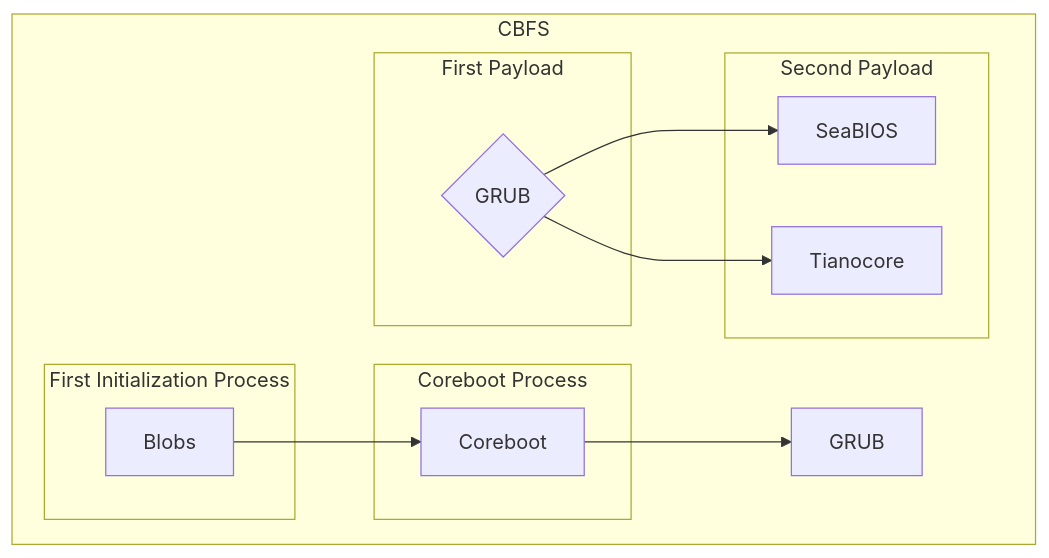
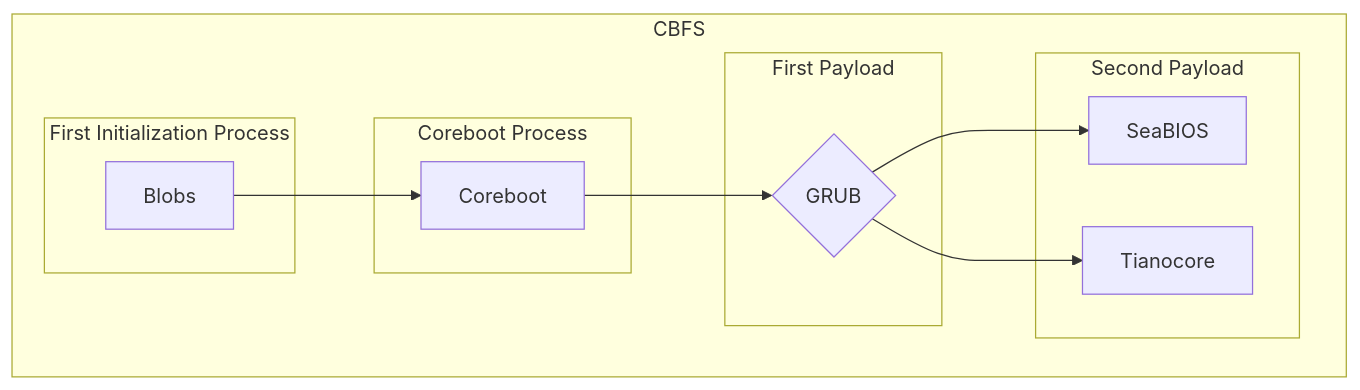
Before and after one commit to Ch3ckm4t3C1ph3r/Lenovo-Ideapad-320-14ISK-_Coreboot-Adaptation_: the diagram in README.md, drawn with Mermaid.

Commit message:
Update Coreboot connection to GRUB in README

````diff
--- a/README.md
+++ b/README.md
@@ -99,29 +99,29 @@
 ```mermaid
 flowchart LR;
     subgraph CBFS
         direction LR
 
         %% Not publicly documented boot process
         subgraph First Initialization Process
         Blobs
         end
 
         Blobs --> Coreboot
 
         subgraph Coreboot Process
         Coreboot
         end
     
-        Coreboot-->GRUB
+        Coreboot-->p1{GRUB}
     
         subgraph First Payload
         p1{GRUB}
         end
     
         p1{GRUB}-->p2_1[SeaBIOS] & p2_2[Tianocore]
     
         subgraph Second Payload
         p2_1[SeaBIOS] & p2_2[Tianocore]
         end
     end
 ```
````
